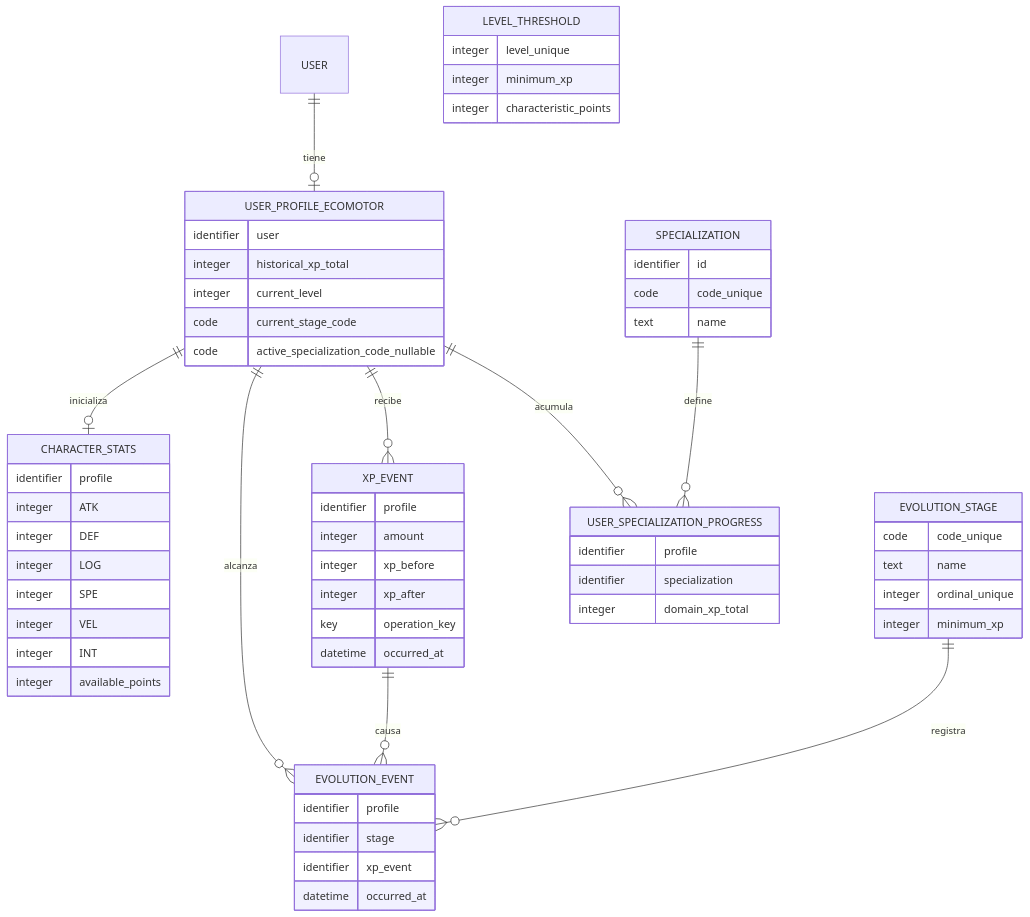
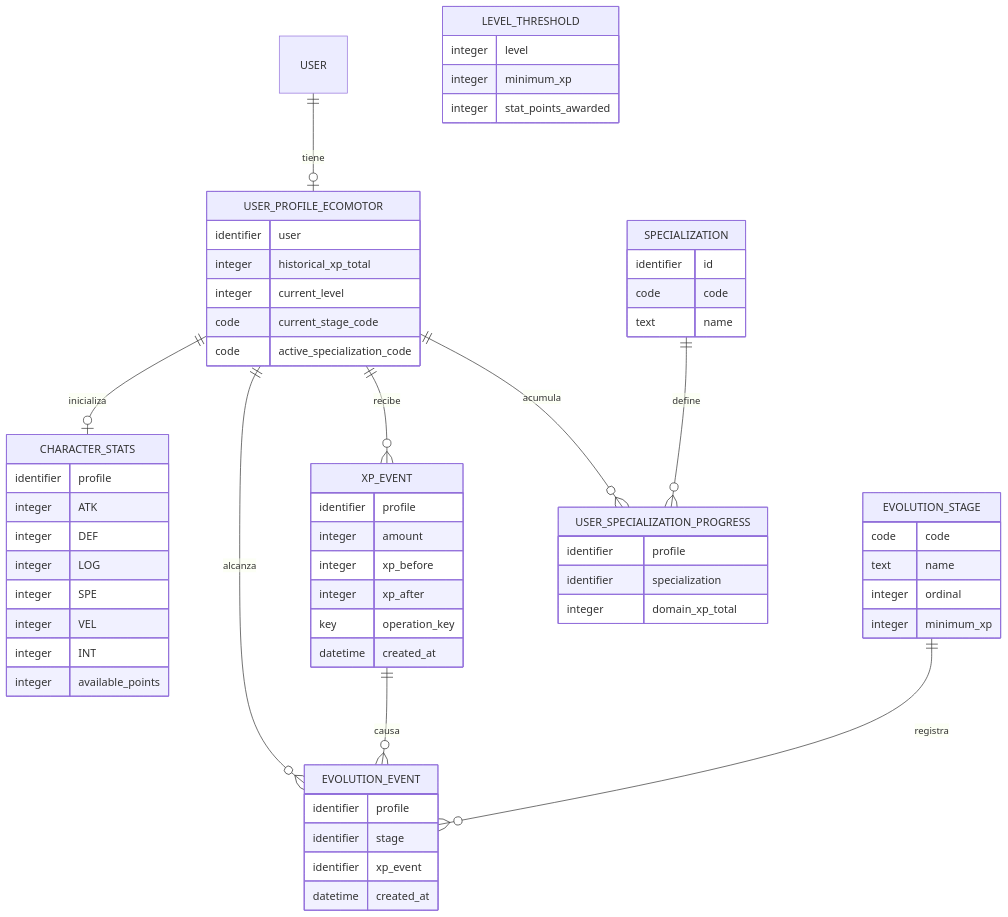
One commit to Martret92/duckyarenas-team5 changed the diagram in docs/erd/ecomotor.md. Above: the diagram before and after it, drawn with Mermaid. The commit also changed other lines of this file and 4 other files, not shown here.

Commit message:
docs: completar diccionario técnico e invariantes del ERD V2

````diff
--- a/docs/erd/ecomotor.md
+++ b/docs/erd/ecomotor.md
@@ -27,63 +27,63 @@
 ```mermaid
 erDiagram
     USER ||--o| USER_PROFILE_ECOMOTOR : tiene
     USER_PROFILE_ECOMOTOR ||--o| CHARACTER_STATS : inicializa
     USER_PROFILE_ECOMOTOR ||--o{ XP_EVENT : recibe
     USER_PROFILE_ECOMOTOR ||--o{ EVOLUTION_EVENT : alcanza
     XP_EVENT ||--o{ EVOLUTION_EVENT : causa
     EVOLUTION_STAGE ||--o{ EVOLUTION_EVENT : registra
     USER_PROFILE_ECOMOTOR ||--o{ USER_SPECIALIZATION_PROGRESS : acumula
     SPECIALIZATION ||--o{ USER_SPECIALIZATION_PROGRESS : define
     USER_PROFILE_ECOMOTOR {
         identifier user
         integer historical_xp_total
         integer current_level
         code current_stage_code
-        code active_specialization_code_nullable
+        code active_specialization_code
     }
     CHARACTER_STATS {
         identifier profile
         integer ATK
         integer DEF
         integer LOG
         integer SPE
         integer VEL
         integer INT
         integer available_points
     }
     LEVEL_THRESHOLD {
-        integer level_unique
+        integer level
         integer minimum_xp
-        integer characteristic_points
+        integer stat_points_awarded
     }
     EVOLUTION_STAGE {
-        code code_unique
+        code code
         text name
-        integer ordinal_unique
+        integer ordinal
         integer minimum_xp
     }
     XP_EVENT {
         identifier profile
         integer amount
         integer xp_before
         integer xp_after
         key operation_key
-        datetime occurred_at
+        datetime created_at
     }
     EVOLUTION_EVENT {
         identifier profile
         identifier stage
         identifier xp_event
-        datetime occurred_at
+        datetime created_at
     }
     SPECIALIZATION {
         identifier id
-        code code_unique
+        code code
         text name
     }
     USER_SPECIALIZATION_PROGRESS {
         identifier profile
         identifier specialization
         integer domain_xp_total
     }
 ```
````
